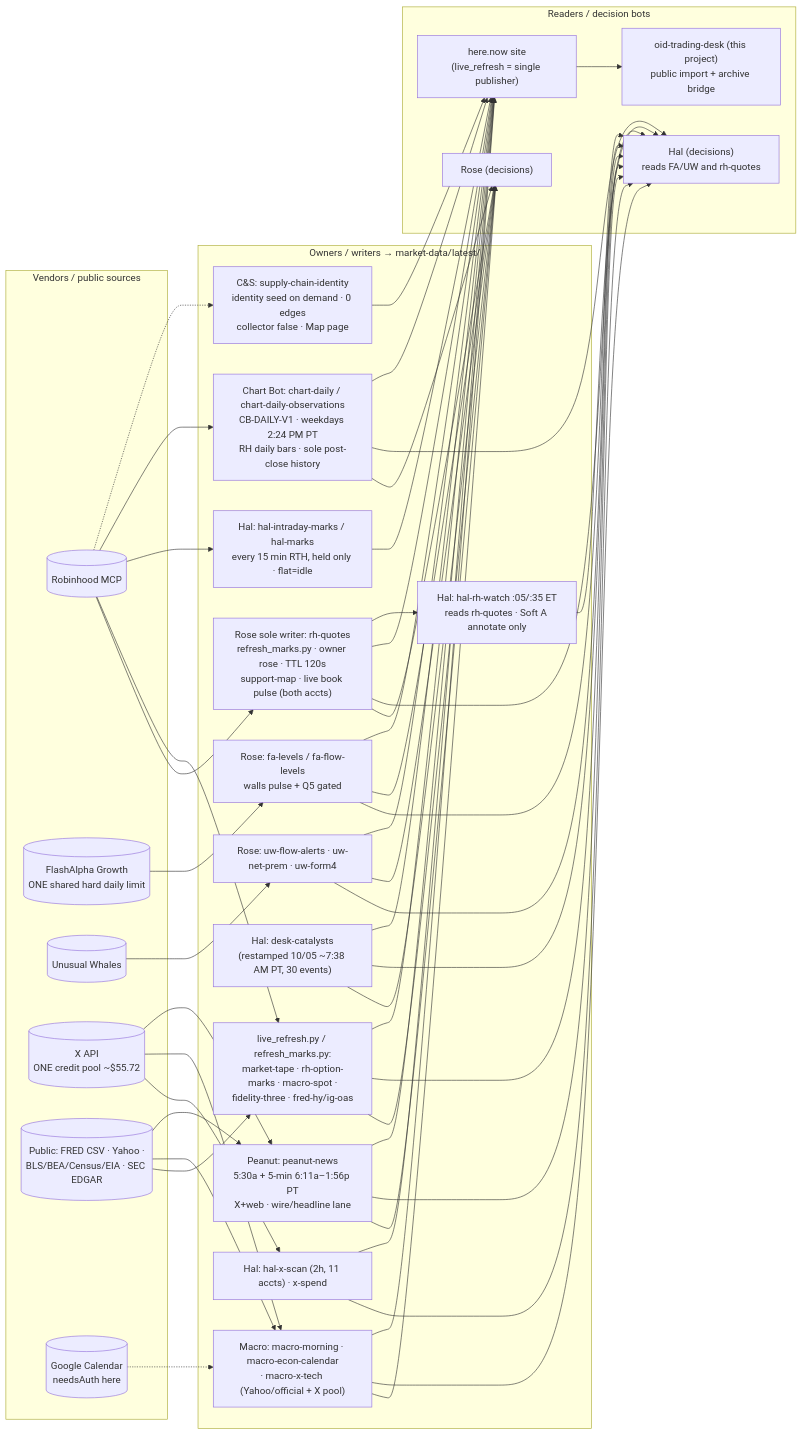
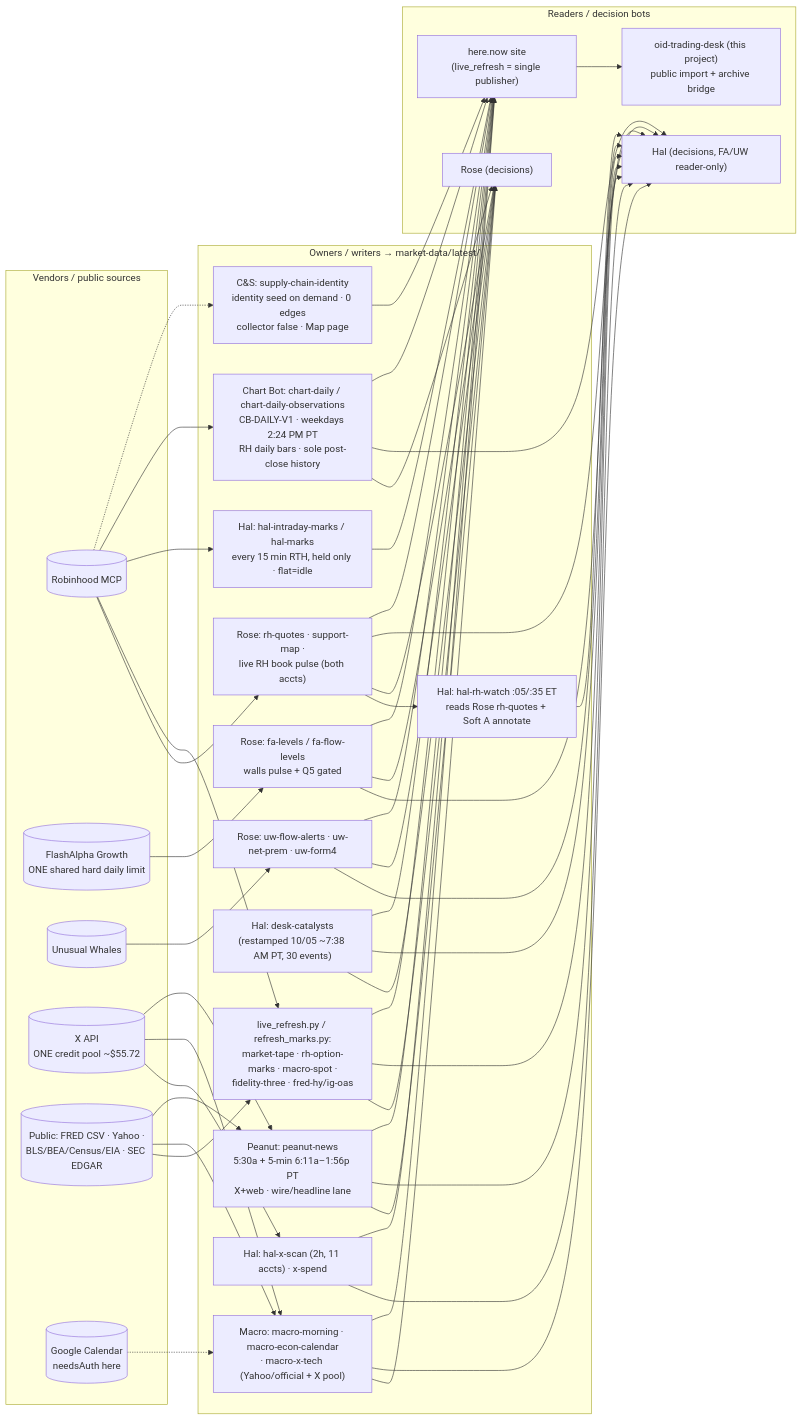
The diagram in docs/QUERY-ARCHITECTURE.md (jeffbazar/oid-trading-desk), drawn with Mermaid before and after one commit. The commit also changed other lines of this file and 26 other files, not shown here.

````diff
--- a/docs/QUERY-ARCHITECTURE.md
+++ b/docs/QUERY-ARCHITECTURE.md
@@ -8,63 +8,63 @@
 ```mermaid
 flowchart LR
   subgraph V["Vendors / public sources"]
     RH[("Robinhood MCP")]
     FA[("FlashAlpha Growth<br/>ONE shared hard daily limit")]
     UW[("Unusual Whales")]
     X[("X API<br/>ONE credit pool ~$55.72")]
     PUB[("Public: FRED CSV · Yahoo ·<br/>BLS/BEA/Census/EIA · SEC EDGAR")]
     GC[("Google Calendar<br/>needsAuth here")]
   end
 
   subgraph W["Owners / writers → market-data/latest/"]
     ROSE_FA["Rose: fa-levels / fa-flow-levels<br/>walls pulse + Q5 gated"]
     ROSE_UW["Rose: uw-flow-alerts · uw-net-prem · uw-form4"]
-    ROSE_RH["Rose sole writer: rh-quotes<br/>refresh_marks.py · owner rose · TTL 120s<br/>support-map · live book pulse (both accts)"]
+    ROSE_RH["Rose: rh-quotes · support-map ·<br/>live RH book pulse (both accts)"]
     LR["live_refresh.py / refresh_marks.py:<br/>market-tape · rh-option-marks · macro-spot ·<br/>fidelity-three · fred-hy/ig-oas"]
     HAL_M["Hal: hal-intraday-marks / hal-marks<br/>every 15 min RTH, held only · flat=idle"]
-    HAL_W["Hal: hal-rh-watch :05/:35 ET<br/>reads rh-quotes · Soft A annotate only"]
+    HAL_W["Hal: hal-rh-watch :05/:35 ET<br/>reads Rose rh-quotes + Soft A annotate"]
     HAL_X["Hal: hal-x-scan (2h, 11 accts) · x-spend"]
     HAL_C["Hal: desk-catalysts<br/>(restamped 10/05 ~7:38 AM PT, 30 events)"]
     CH["Chart Bot: chart-daily / chart-daily-observations<br/>CB-DAILY-V1 · weekdays 2:24 PM PT<br/>RH daily bars · sole post-close history"]
     MAC["Macro: macro-morning · macro-econ-calendar<br/>· macro-x-tech (Yahoo/official + X pool)"]
     PN["Peanut: peanut-news<br/>5:30a + 5-min 6:11a–1:56p PT<br/>X+web · wire/headline lane"]
     CS["C&S: supply-chain-identity<br/>identity seed on demand · 0 edges<br/>collector false · Map page"]
   end
 
   subgraph R["Readers / decision bots"]
     ROSE["Rose (decisions)"]
-    HAL["Hal (decisions)<br/>reads FA/UW and rh-quotes"]
+    HAL["Hal (decisions, FA/UW reader-only)"]
     SITE["here.now site<br/>(live_refresh = single publisher)"]
     OIDD["oid-trading-desk (this project)<br/>public import + archive bridge"]
   end
 
   FA --> ROSE_FA
   UW --> ROSE_UW
   RH --> ROSE_RH
   RH --> LR
   RH --> HAL_M
+  ROSE_RH --> HAL_W
   RH --> CH
   RH -.-> CS
   PUB --> LR
   PUB --> MAC
   GC -.-> MAC
   X --> HAL_X
   X --> MAC
   X --> PN
   PUB --> PN
 
   ROSE_FA --> HAL & ROSE & SITE
   ROSE_UW --> HAL & ROSE & SITE
   ROSE_RH --> ROSE & HAL & SITE
-  ROSE_RH --> HAL_W
   LR --> ROSE & HAL & SITE
   HAL_M --> SITE
   HAL_W --> HAL
   HAL_X --> HAL & SITE
   HAL_C --> ROSE & HAL & SITE
   CH --> ROSE & HAL & SITE
   MAC --> ROSE & HAL & SITE
   PN --> ROSE & HAL & SITE
   CS --> SITE
   SITE --> OIDD
 ```
````
